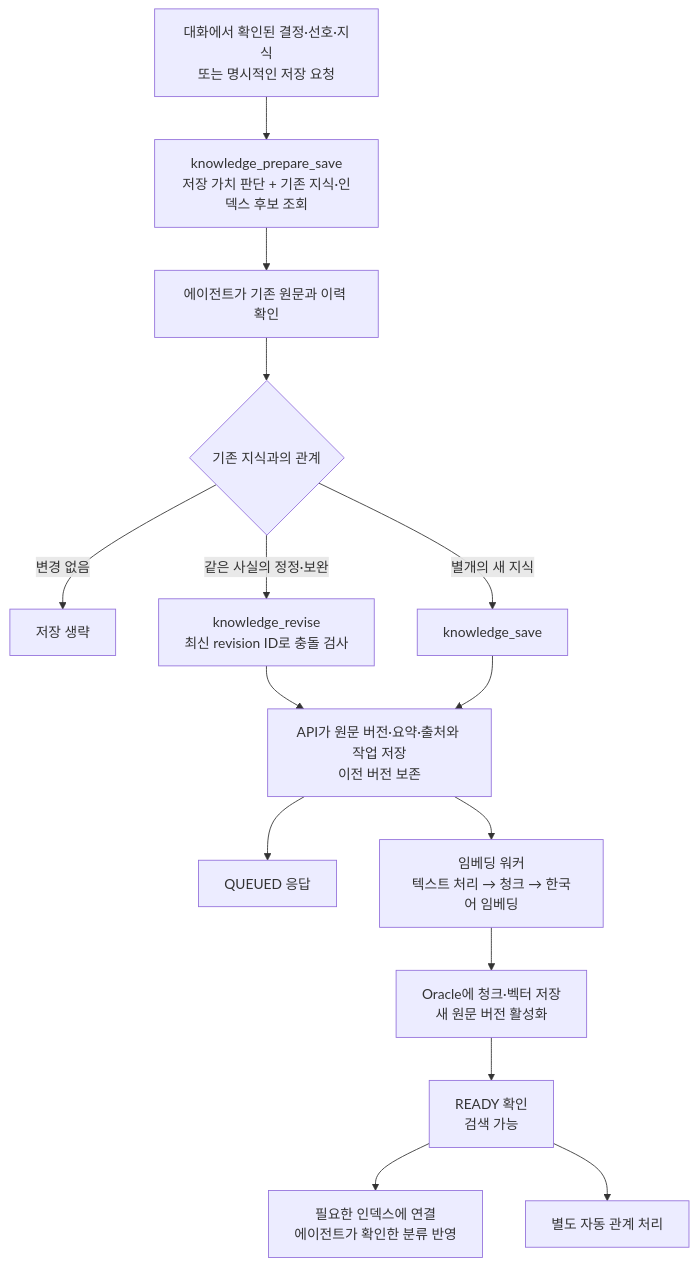
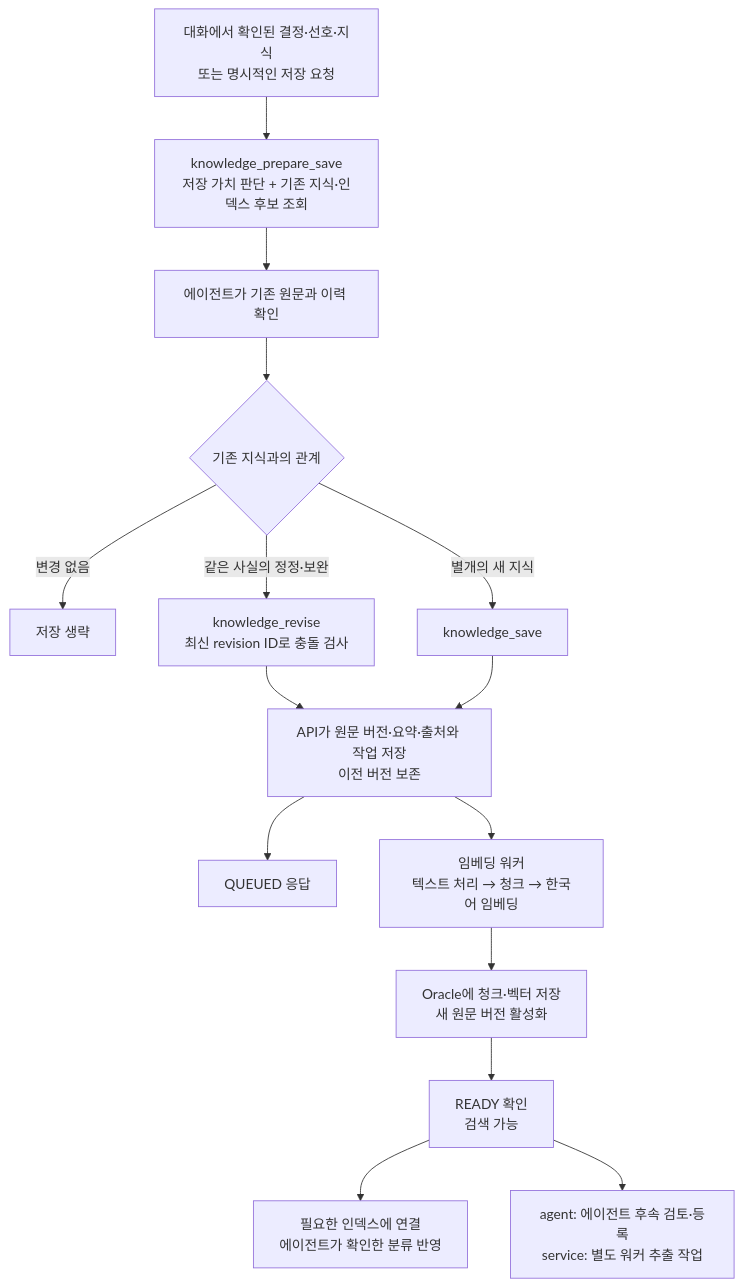
One commit to devmrko/adb-agent-knowledge changed the second of 5 diagrams in docs/guides/storage-retrieval-flow.md. Above: the diagram before and after it, drawn with Mermaid. The commit also changed other lines of this file and 66 other files, not shown here.

Commit message:
feat: initialize graph audit triggers and reconcile documentation

````diff
--- a/docs/guides/storage-retrieval-flow.md
+++ b/docs/guides/storage-retrieval-flow.md
@@ -34,17 +34,17 @@
 ```mermaid
 flowchart TD
     Input["대화에서 확인된 결정·선호·지식<br/>또는 명시적인 저장 요청"] --> Prepare["knowledge_prepare_save<br/>저장 가치 판단 + 기존 지식·인덱스 후보 조회"]
     Prepare --> Inspect["에이전트가 기존 원문과 이력 확인"]
     Inspect --> Choice{"기존 지식과의 관계"}
     Choice -->|변경 없음| Skip["저장 생략"]
     Choice -->|같은 사실의 정정·보완| Revise["knowledge_revise<br/>최신 revision ID로 충돌 검사"]
     Choice -->|별개의 새 지식| Save["knowledge_save"]
     Revise --> Persist["API가 원문 버전·요약·출처와 작업 저장<br/>이전 버전 보존"]
     Save --> Persist
     Persist --> Queue["QUEUED 응답"]
     Persist --> Worker["임베딩 워커<br/>텍스트 처리 → 청크 → 한국어 임베딩"]
     Worker --> Store["Oracle에 청크·벡터 저장<br/>새 원문 버전 활성화"]
     Store --> Ready["READY 확인<br/>검색 가능"]
     Ready --> Index["필요한 인덱스에 연결<br/>에이전트가 확인한 분류 반영"]
-    Ready --> Graph["별도 자동 관계 처리"]
+    Ready --> Graph["agent: 에이전트 후속 검토·등록<br/>service: 별도 워커 추출 작업"]
 ```
````
